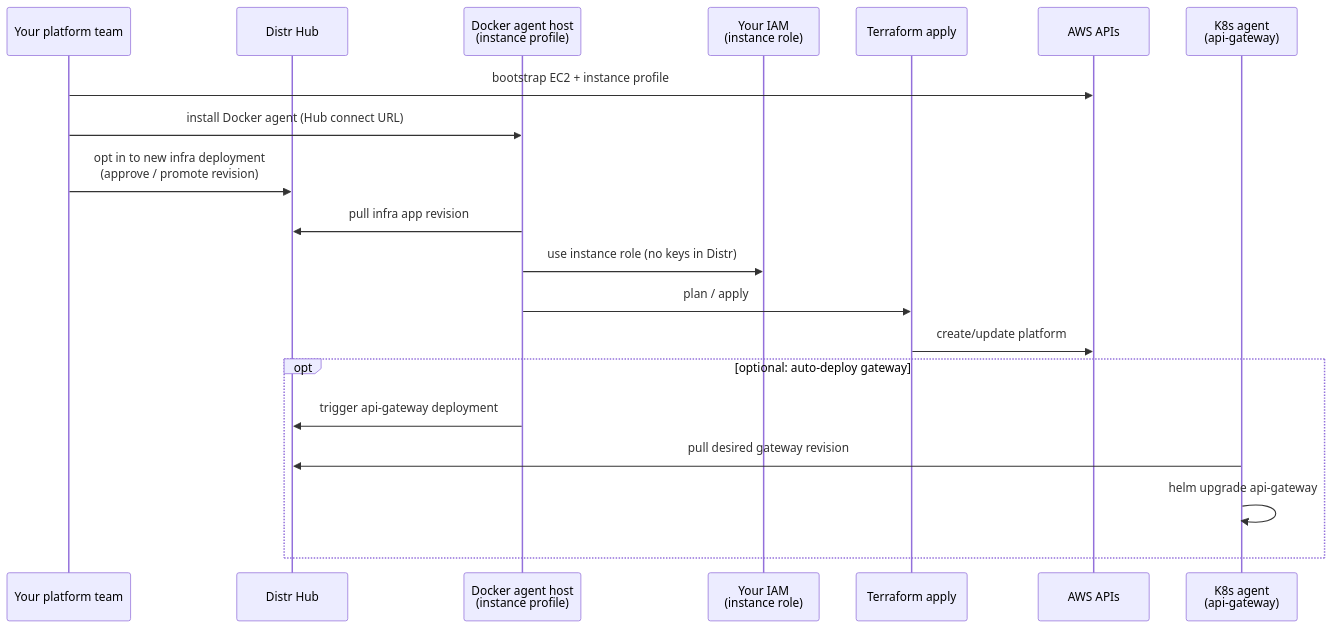
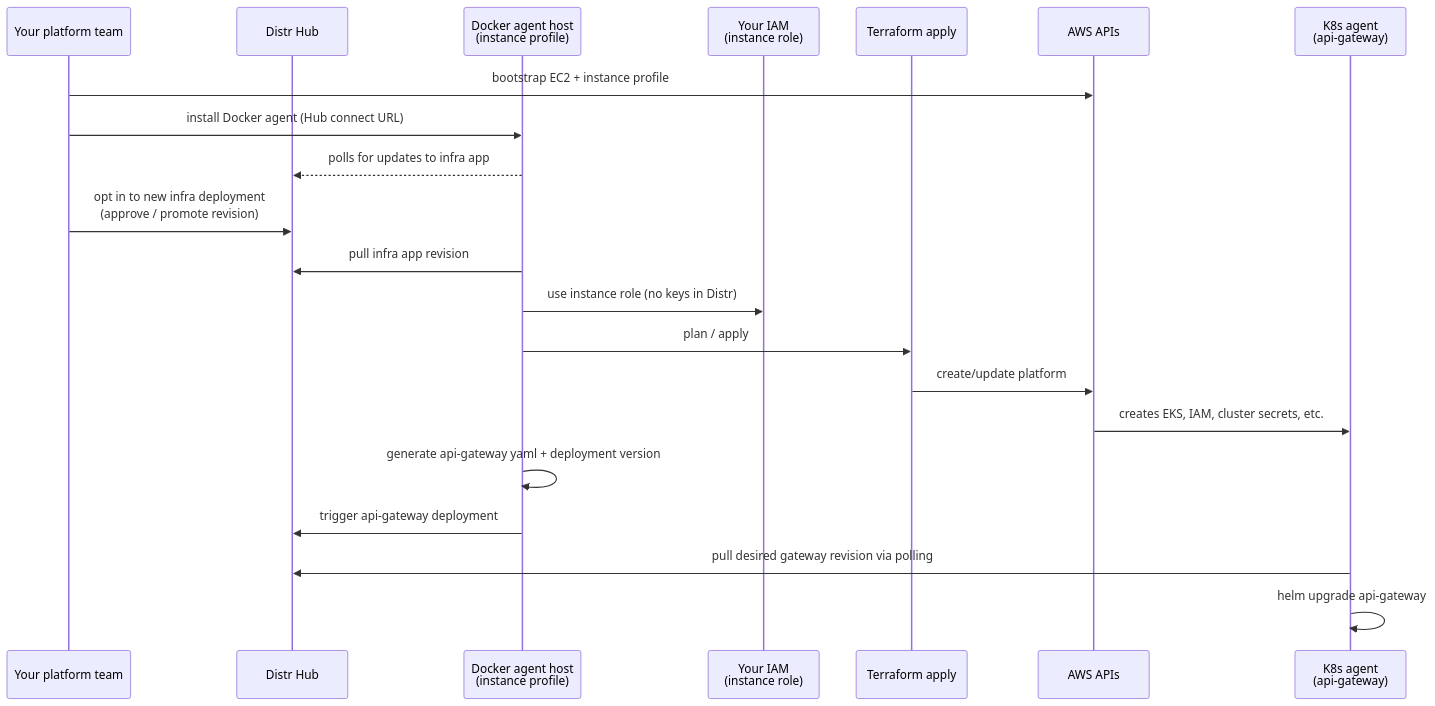
The second of 4 diagrams in TRUST_MODEL.md (subconscious-systems/ol-runbook), drawn with Mermaid before and after one commit. The commit also changed other lines of this file and 5 other files, not shown here.

````diff
--- a/TRUST_MODEL.md
+++ b/TRUST_MODEL.md
@@ -78,22 +81,24 @@
 ```mermaid
 sequenceDiagram
   participant You as Your platform team
   participant Hub as Distr Hub
   participant Host as Docker agent host<br/>(instance profile)
   participant IAM as Your IAM<br/>(instance role)
   participant TF as Terraform apply
   participant AWS as AWS APIs
   participant GW as K8s agent<br/>(api-gateway)
+
   You->>AWS: bootstrap EC2 + instance profile
   You->>Host: install Docker agent (Hub connect URL)
+  Host-->>Hub: polls for updates to infra app
   You->>Hub: opt in to new infra deployment<br/>(approve / promote revision)
   Host->>Hub: pull infra app revision
   Host->>IAM: use instance role (no keys in Distr)
   Host->>TF: plan / apply
   TF->>AWS: create/update platform
-  opt optional: auto-deploy gateway
-    Host->>Hub: trigger api-gateway deployment
-    GW->>Hub: pull desired gateway revision
-    GW->>GW: helm upgrade api-gateway
-  end
+  AWS->>GW: creates EKS, IAM, cluster secrets, etc.
+  Host->>Host: generate api-gateway yaml + deployment version
+  Host->>Hub: trigger api-gateway deployment
+  GW->>Hub: pull desired gateway revision via polling
+  GW->>GW: helm upgrade api-gateway
 ```
````
